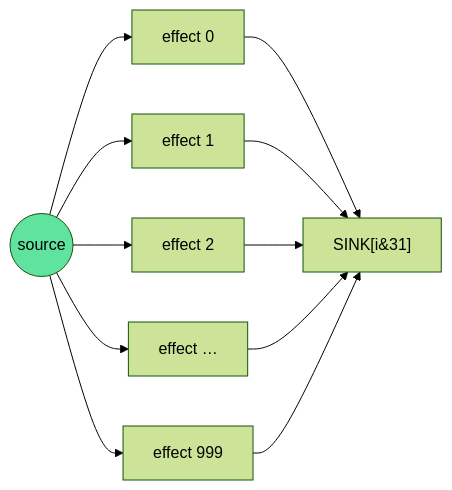
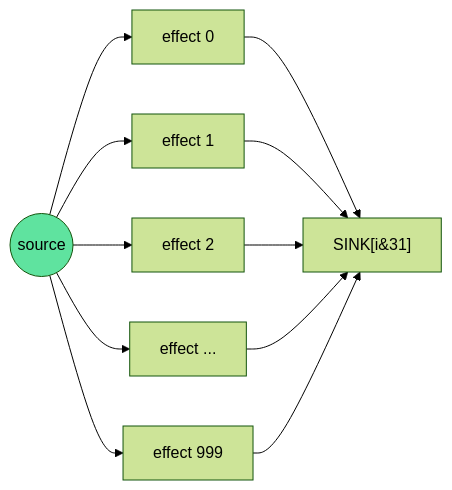
The fourth of 6 diagrams in bench/torture/README.md (PeshoVurtoleta/lite-signal), drawn with Mermaid (forest theme) before and after one commit. The commit also changed other lines of this file and 11 other files, not shown here.

````diff
--- a/bench/torture/README.md
+++ b/bench/torture/README.md
@@ -178,15 +178,15 @@
 ```mermaid
 graph LR
     SRC((source)) --> E0[effect 0]
     SRC --> E1[effect 1]
     SRC --> E2[effect 2]
-    SRC --> EDOTS[effect …]
+    SRC --> EDOTS[effect ...]
     SRC --> E999[effect 999]
     E0 --> SINK0["SINK[i&31]"]
     E1 --> SINK0
     E2 --> SINK0
     EDOTS --> SINK0
     E999 --> SINK0
 
     style SRC fill:#5fe39f,color:#000
 ```
````
